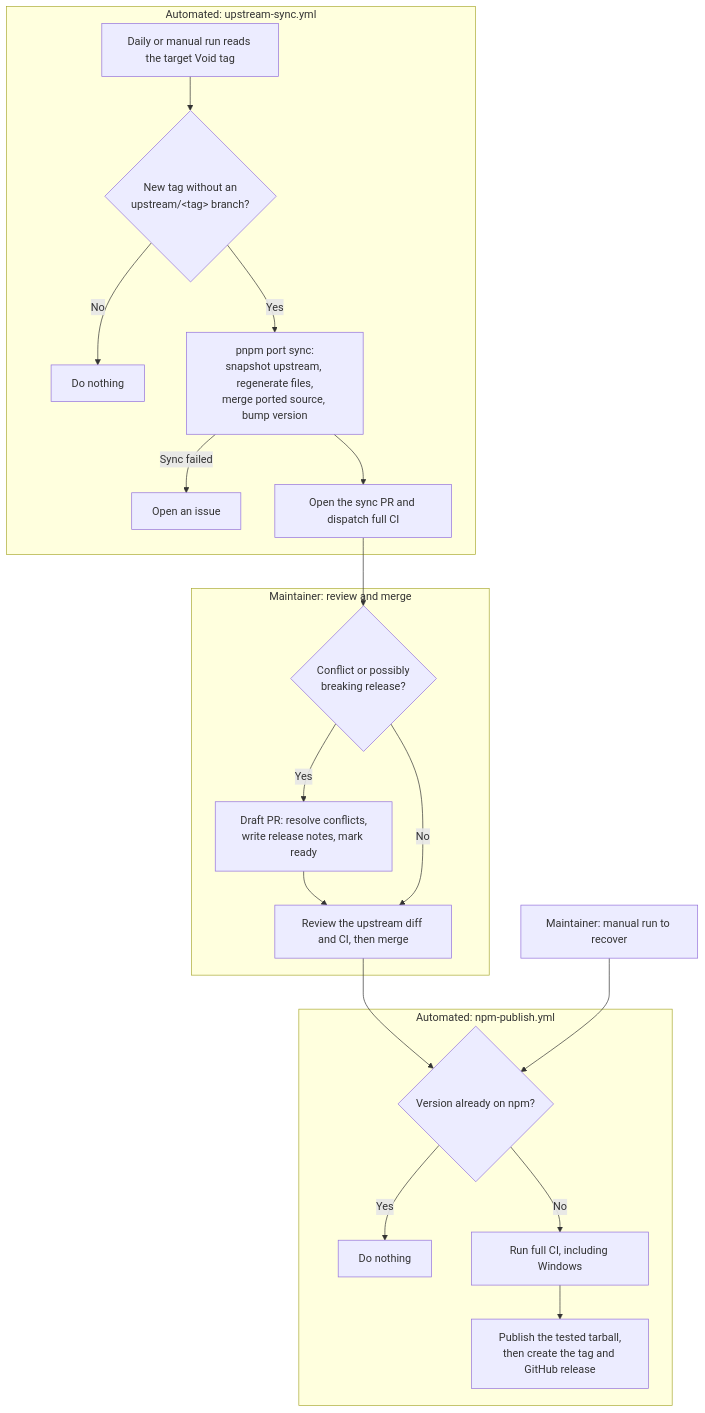
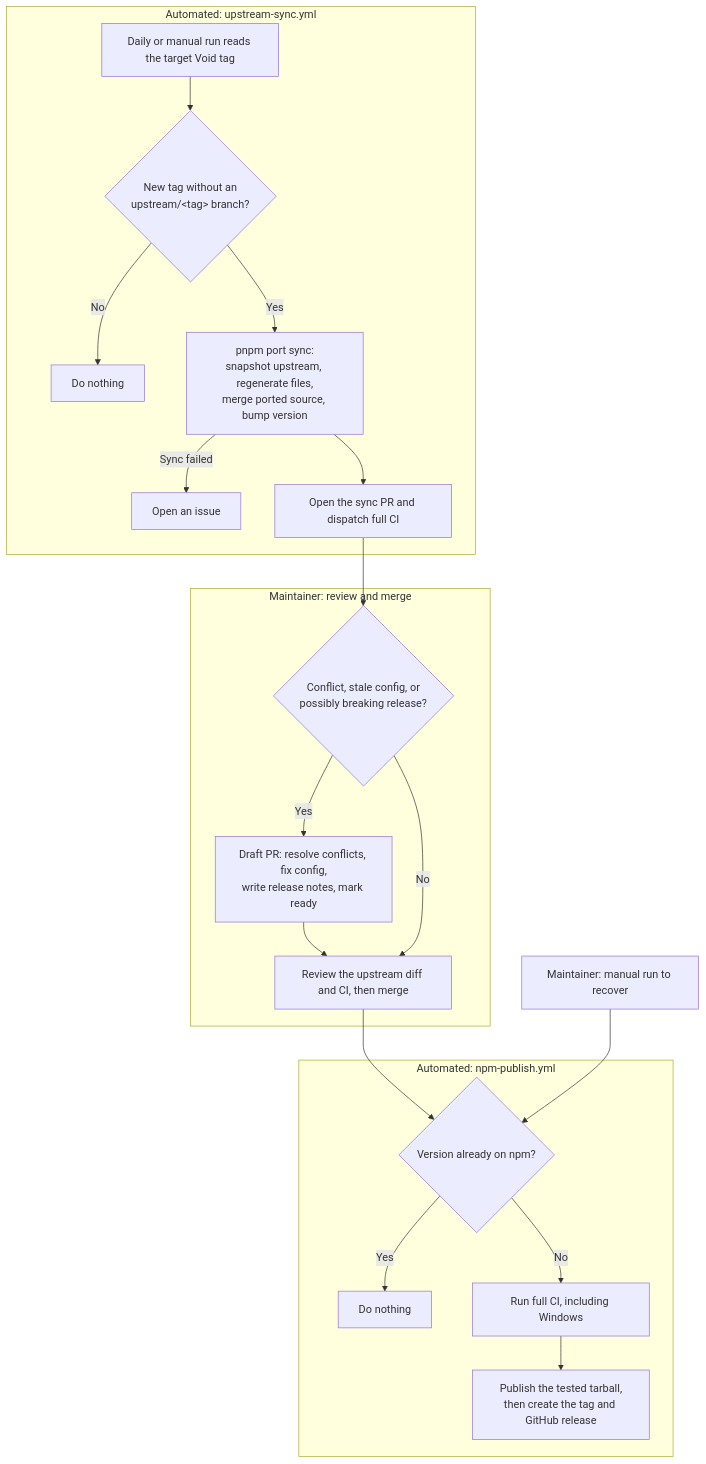
Before and after one commit to yujiym/void-preact: the diagram in docs/DESIGN.md, drawn with Mermaid. The commit also changed other lines of this file and 2 other files, not shown here.

Commit message:
ci: open a draft sync PR when port config is stale
A test rewrite or divergence whose target moved upstream made
`pnpm port sync` throw, so the v1.9.0 and v1.9.1 syncs opened only an
issue linking the run. Sync now lists stale entries in the report and
the workflow opens a draft PR for them. `check` and `generate` still
reject stale entries, so CI fails until they are fixed.

Quote the sync error in the failure issue, so the cause is visible
without opening the log.

Refs #15, #16.

````diff
--- a/docs/DESIGN.md
+++ b/docs/DESIGN.md
@@ -89,37 +89,37 @@
 ```mermaid
 flowchart TD
   subgraph sync["Automated: upstream-sync.yml"]
     check["Daily or manual run reads the target Void tag"]
     changed{"New tag without an<br/>upstream/&lt;tag&gt; branch?"}
     stop["Do nothing"]
     port["pnpm port sync:<br/>snapshot upstream, regenerate files,<br/>merge ported source, bump version"]
     issue["Open an issue"]
     pr["Open the sync PR and dispatch full CI"]
     check --> changed
     changed -- No --> stop
     changed -- Yes --> port
     port --> pr
     port -- Sync failed --> issue
   end
 
   subgraph review["Maintainer: review and merge"]
-    needsWork{"Conflict or possibly<br/>breaking release?"}
-    fix["Draft PR: resolve conflicts,<br/>write release notes, mark ready"]
+    needsWork{"Conflict, stale config, or<br/>possibly breaking release?"}
+    fix["Draft PR: resolve conflicts, fix config,<br/>write release notes, mark ready"]
     merge["Review the upstream diff and CI, then merge"]
     needsWork -- Yes --> fix --> merge
     needsWork -- No --> merge
   end
 
   subgraph release["Automated: npm-publish.yml"]
     published{"Version already on npm?"}
     skip["Do nothing"]
     verify["Run full CI, including Windows"]
     publish["Publish the tested tarball,<br/>then create the tag and GitHub release"]
     published -- Yes --> skip
     published -- No --> verify --> publish
   end
 
   pr --> needsWork
   merge --> published
   recover["Maintainer: manual run to recover"] --> published
 ```
````
